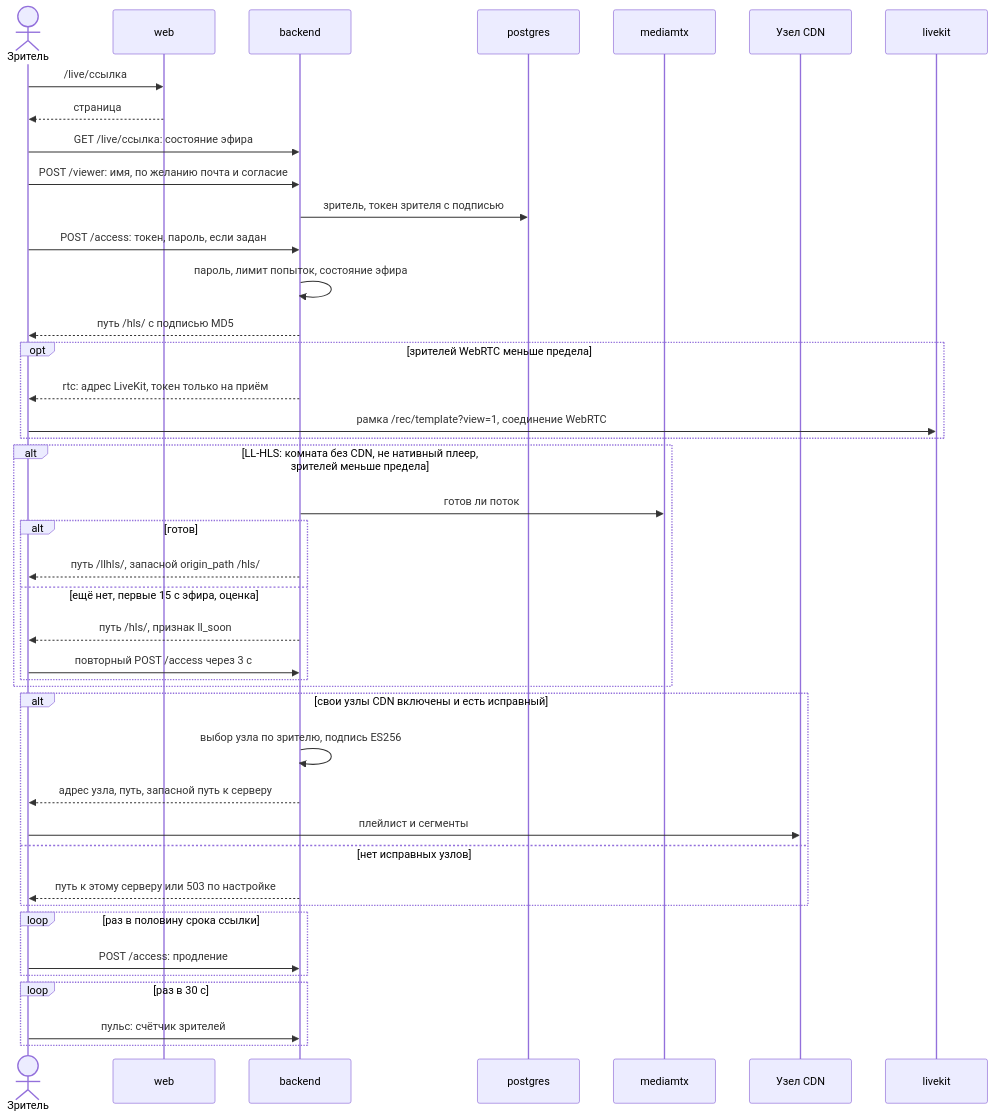
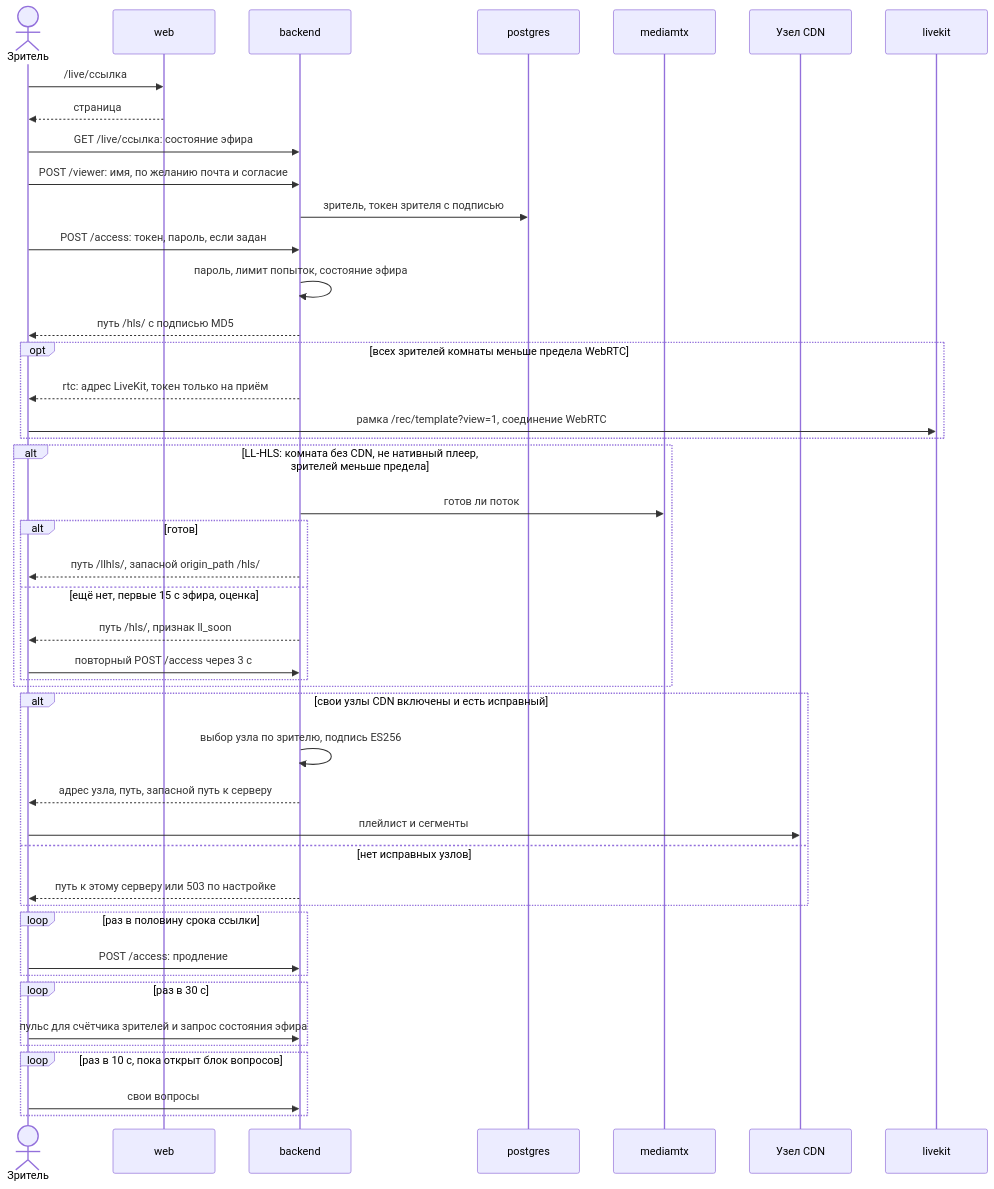
One commit to calleograph/peregovorka changed the third of 7 diagrams in wiki/Архитектура-Последовательности-трансляций.md. Above: the diagram before and after it, drawn with Mermaid. The commit also changed other lines of this file and 73 other files, not shown here.

````diff
--- a/wiki/Архитектура-Последовательности-трансляций.md
+++ b/wiki/Архитектура-Последовательности-трансляций.md
@@ -79,44 +80,47 @@
 ```mermaid
 sequenceDiagram
   actor V as Зритель
   participant W as web
   participant B as backend
   participant DB as postgres
   participant M as mediamtx
   participant N as Узел CDN
   participant LK as livekit
   V->>W: /live/ссылка
   W-->>V: страница
   V->>B: GET /live/ссылка: состояние эфира
   V->>B: POST /viewer: имя, по желанию почта и согласие
   B->>DB: зритель, токен зрителя с подписью
   V->>B: POST /access: токен, пароль, если задан
   B->>B: пароль, лимит попыток, состояние эфира
   B-->>V: путь /hls/ с подписью MD5
-  opt зрителей WebRTC меньше предела
+  opt всех зрителей комнаты меньше предела WebRTC
     B-->>V: rtc: адрес LiveKit, токен только на приём
     V->>LK: рамка /rec/template?view=1, соединение WebRTC
   end
   alt LL-HLS: комната без CDN, не нативный плеер, зрителей меньше предела
     B->>M: готов ли поток
     alt готов
       B-->>V: путь /llhls/, запасной origin_path /hls/
     else ещё нет, первые 15 с эфира, оценка
       B-->>V: путь /hls/, признак ll_soon
       V->>B: повторный POST /access через 3 с
     end
   end
   alt свои узлы CDN включены и есть исправный
     B->>B: выбор узла по зрителю, подпись ES256
     B-->>V: адрес узла, путь, запасной путь к серверу
     V->>N: плейлист и сегменты
   else нет исправных узлов
     B-->>V: путь к этому серверу или 503 по настройке
   end
   loop раз в половину срока ссылки
     V->>B: POST /access: продление
   end
   loop раз в 30 с
-    V->>B: пульс: счётчик зрителей
+    V->>B: пульс для счётчика зрителей и запрос состояния эфира
+  end
+  loop раз в 10 с, пока открыт блок вопросов
+    V->>B: свои вопросы
   end
 ```
````
